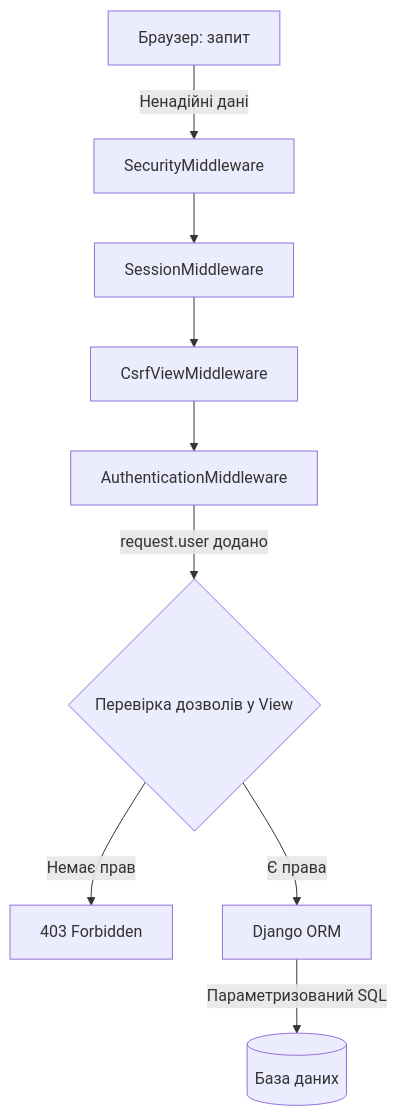
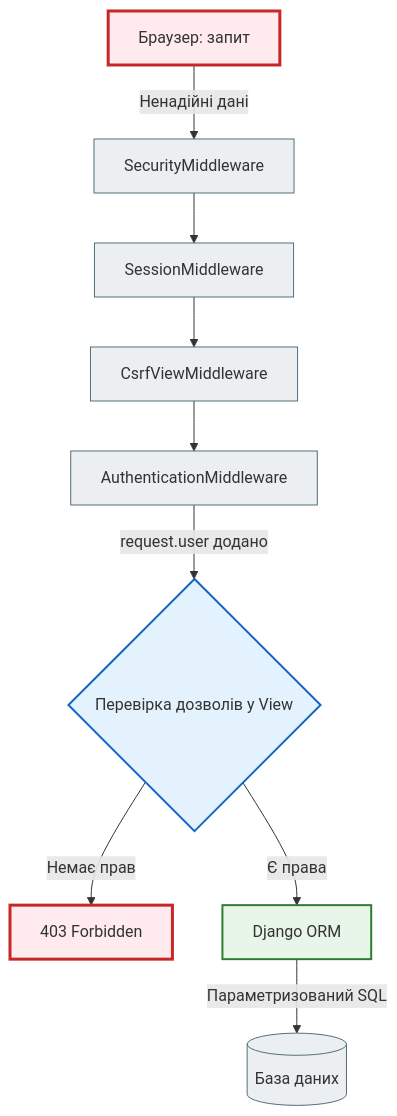
The first of 3 diagrams in docs/07_auth_and_security/django_security_architecture_full.md (NikoriakViktot/notes_chat_app), drawn with Mermaid before and after one commit. The commit also changed other lines of this file and 441 other files, not shown here.

First line of the commit message:
Add English version of the book, Mermaid standard, docs fixes

````diff
--- a/docs/07_auth_and_security/django_security_architecture_full.md
+++ b/docs/07_auth_and_security/django_security_architecture_full.md
@@ -24,11 +24,20 @@
 ```mermaid
 graph TD
     A[Браузер: запит] -->|Ненадійні дані| B[SecurityMiddleware]
     B --> C[SessionMiddleware]
     C --> D[CsrfViewMiddleware]
     D --> E[AuthenticationMiddleware]
     E -->|request.user додано| F{Перевірка дозволів у View}
     F -- Немає прав --> G[403 Forbidden]
     F -- Є права --> H[Django ORM]
     H -->|Параметризований SQL| I[(База даних)]
+
+    classDef step     fill:#eceff1,stroke:#546e7a,stroke-width:1px;
+    classDef decision fill:#e3f2fd,stroke:#1565c0,stroke-width:2px;
+    classDef success  fill:#e8f5e9,stroke:#2e7d32,stroke-width:2px;
+    classDef error    fill:#ffebee,stroke:#c62828,stroke-width:3px;
+    class B,C,D,E,I step;
+    class F decision;
+    class H success;
+    class A,G error;
 ```
````
